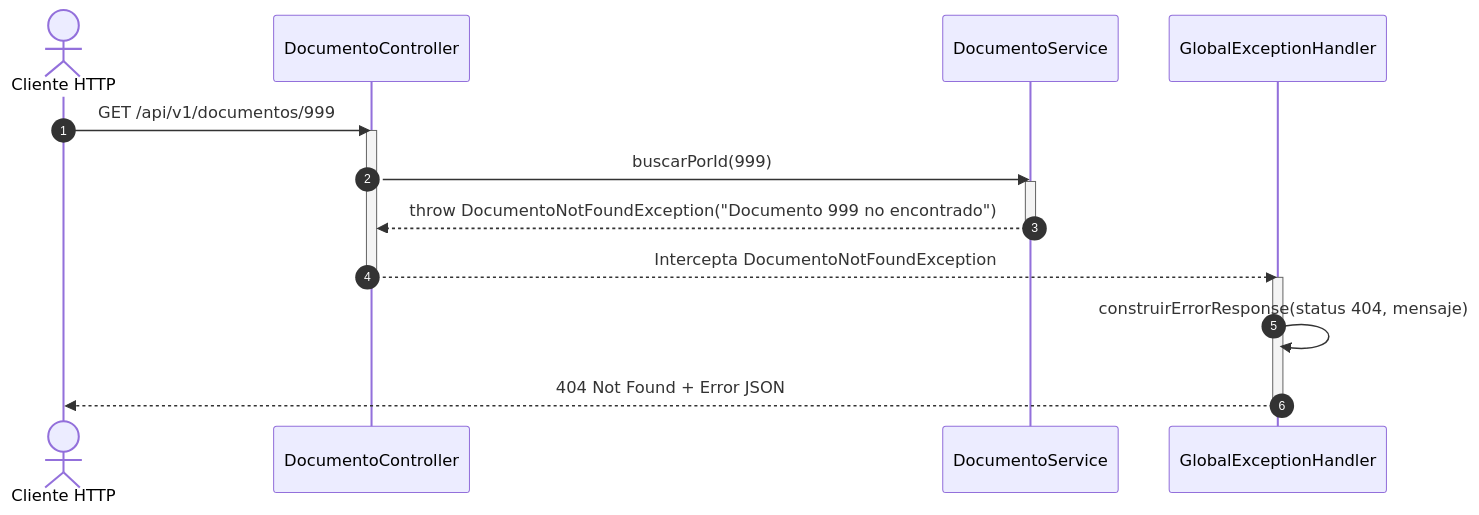
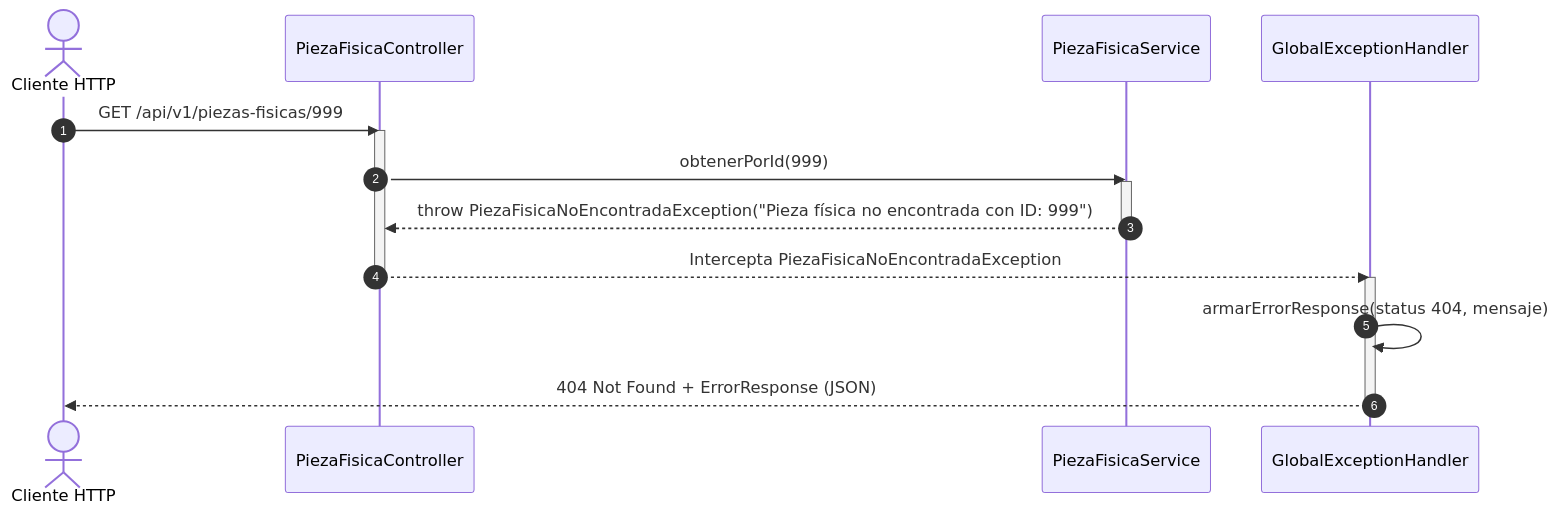
The fourth of 4 diagrams in docs/diagramas/secuencias.md (crisandersen8-png/tp-integrador-archivo-digital-los-picac-digo), drawn with Mermaid before and after one commit. The commit also changed other lines of this file and 2 other files, not shown here.

Commit message:
diagramas

````diff
--- a/docs/diagramas/secuencias.md
+++ b/docs/diagramas/secuencias.md
@@ -100,23 +155,23 @@
 ```mermaid
 sequenceDiagram
     autonumber
     actor Cliente as Cliente HTTP
-    participant Controller as DocumentoController
-    participant Service as DocumentoService
+    participant Controller as PiezaFisicaController
+    participant Service as PiezaFisicaService
     participant Handler as GlobalExceptionHandler
 
-    Cliente->>Controller: GET /api/v1/documentos/999
+    Cliente->>Controller: GET /api/v1/piezas-fisicas/999
     activate Controller
-    Controller->>Service: buscarPorId(999)
+    Controller->>Service: obtenerPorId(999)
     activate Service
 
-    Service-->>Controller: throw DocumentoNotFoundException("Documento 999 no encontrado")
+    Service-->>Controller: throw PiezaFisicaNoEncontradaException("Pieza física no encontrada con ID: 999")
     deactivate Service
 
-    Controller-->>Handler: Intercepta DocumentoNotFoundException
+    Controller-->>Handler: Intercepta PiezaFisicaNoEncontradaException
     deactivate Controller
     activate Handler
-    Handler->>Handler: construirErrorResponse(status 404, mensaje)
-    Handler-->>Cliente: 404 Not Found + Error JSON
+    Handler->>Handler: armarErrorResponse(status 404, mensaje)
+    Handler-->>Cliente: 404 Not Found + ErrorResponse (JSON)
     deactivate Handler
 ```
````
